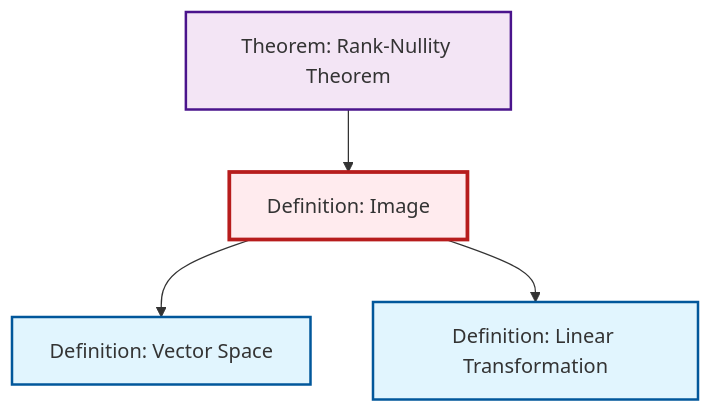
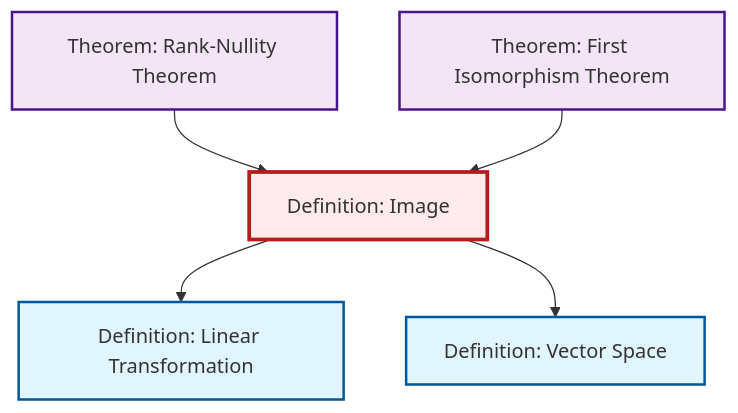
One commit to RK0429/ModernMath changed the diagram in content/en/algebra/def-image.qmd. Above: the diagram before and after it, drawn with Mermaid. The commit also changed 615 other files, not shown here.

````diff
--- a/content/en/algebra/def-image.qmd
+++ b/content/en/algebra/def-image.qmd
@@ -51,20 +51,23 @@
 ```{mermaid}
 %%| fig-cap: "Local dependency graph"
 graph TD
     classDef definition fill:#e1f5fe,stroke:#01579b,stroke-width:2px
     classDef theorem fill:#f3e5f5,stroke:#4a148c,stroke-width:2px
     classDef axiom fill:#fff3e0,stroke:#e65100,stroke-width:2px
     classDef example fill:#e8f5e9,stroke:#1b5e20,stroke-width:2px
     classDef current fill:#ffebee,stroke:#b71c1c,stroke-width:3px
+    thm-first-isomorphism["Theorem: First Isomorphism Theorem"]:::theorem
+    def-image["Definition: Image"]:::definition
+    def-linear-transformation["Definition: Linear Transformation"]:::definition
     thm-rank-nullity["Theorem: Rank-Nullity Theorem"]:::theorem
-    def-image["Definition: Image"]:::definition
     def-vector-space["Definition: Vector Space"]:::definition
-    def-linear-transformation["Definition: Linear Transformation"]:::definition
+    thm-rank-nullity --> def-image
+    def-image --> def-linear-transformation
+    thm-first-isomorphism --> def-image
     def-image --> def-vector-space
-    def-image --> def-linear-transformation
-    thm-rank-nullity --> def-image
     class def-image current
+    click thm-first-isomorphism "thm-first-isomorphism.html" "Go to First Isomorphism Theorem theorem"
+    click def-linear-transformation "def-linear-transformation.html" "Go to Linear Transformation definition"
     click thm-rank-nullity "thm-rank-nullity.html" "Go to Rank-Nullity Theorem theorem"
     click def-vector-space "def-vector-space.html" "Go to Vector Space definition"
-    click def-linear-transformation "def-linear-transformation.html" "Go to Linear Transformation definition"
 ```
````
